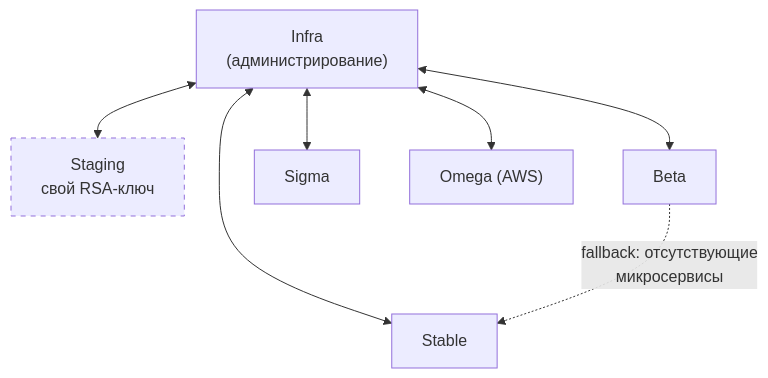
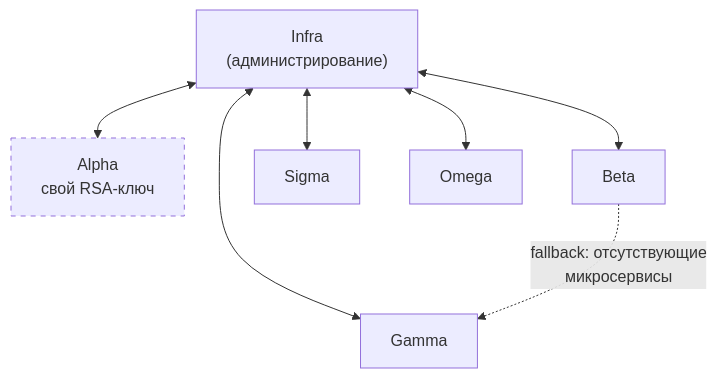
One commit to nikitakaralius/bachelor-diploma changed the diagram in diagrams/mmd/ch1_contour_interaction.mmd. Above: the diagram before and after it, drawn with Mermaid. The commit also changed 3 other files, not shown here.

```diff
--- a/diagrams/mmd/ch1_contour_interaction.mmd
+++ b/diagrams/mmd/ch1_contour_interaction.mmd
@@ -1,17 +1,17 @@
 graph TD
     infra["Infra<br/>(администрирование)"]
-    staging["Staging<br/> свой RSA-ключ"]
+    alpha["Alpha<br/> свой RSA-ключ"]
     beta["Beta"]
-    stable["Stable"]
+    gamma["Gamma"]
     sigma["Sigma"]
-    omega["Omega (AWS)"]
+    omega["Omega"]
 
-    infra <--> staging
+    infra <--> alpha
     infra <--> beta
-    infra <--> stable
+    infra <--> gamma
     infra <--> sigma
     infra <--> omega
 
-    beta -.->|fallback: отсутствующие<br/>микросервисы| stable
+    beta -.->|fallback: отсутствующие<br/>микросервисы| gamma
 
-    style staging stroke-dasharray: 5 5
+    style alpha stroke-dasharray: 5 5
```
